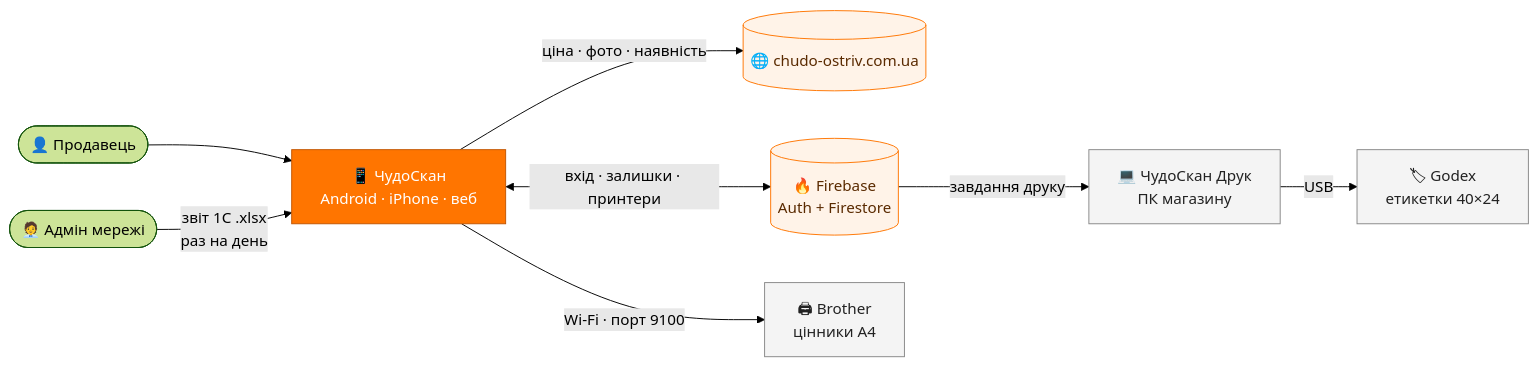
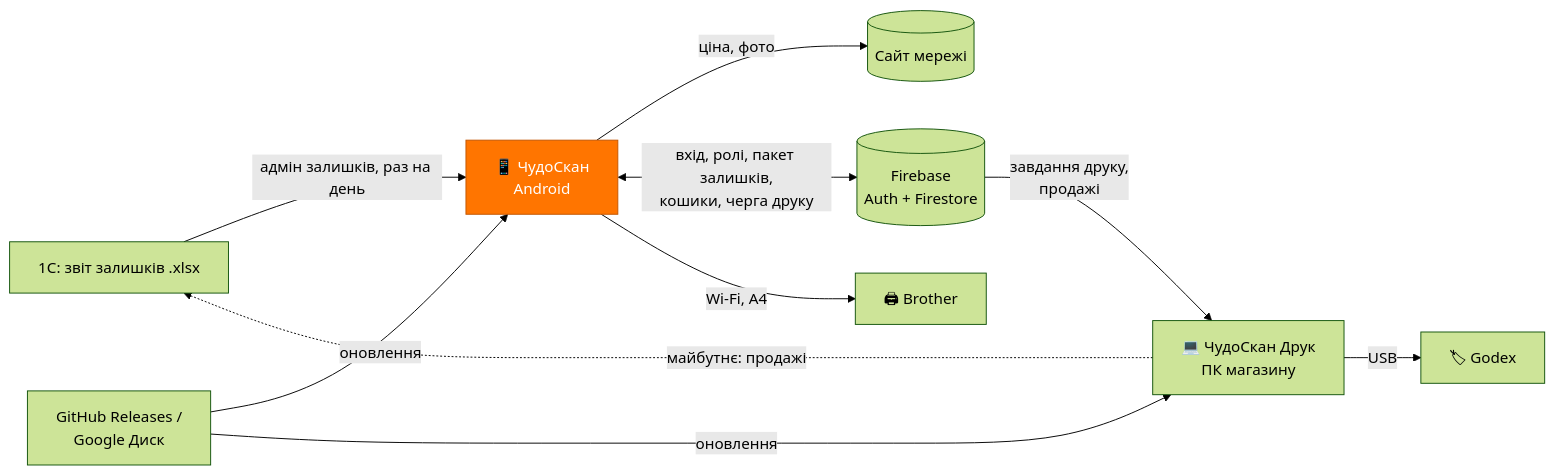
The diagram in README.md (Nikifor3663636/chudoskan), drawn with Mermaid (forest theme) before and after one commit. The commit also changed other lines of this file and 34 other files, not shown here.

````diff
--- a/README.md
+++ b/README.md
@@ -65,18 +54,14 @@
 ```mermaid
 flowchart LR
-    seller(["👤 Продавець"]) --> app["📱 ЧудоСкан<br/>Android · iPhone · веб"]
-    admin(["🧑‍💼 Адмін мережі"]) -->|"звіт 1С .xlsx<br/>раз на день"| app
-
-    app -->|"ціна · фото · наявність"| site[("🌐 chudo-ostriv.com.ua")]
-    app <-->|"вхід · залишки · принтери"| fb[("🔥 Firebase<br/>Auth + Firestore")]
-    app -->|"Wi-Fi · порт 9100"| brother["🖨 Brother<br/>цінники A4"]
-    fb -->|"завдання друку"| pc["💻 ЧудоСкан Друк<br/>ПК магазину"]
-    pc -->|USB| godex["🏷 Godex<br/>етикетки 40×24"]
-
+    C1C["1С: звіт залишків .xlsx"] -->|"адмін залишків, раз на день"| APP
+    APP["📱 ЧудоСкан<br/>Android"] -->|"ціна, фото"| SITE[("Сайт мережі")]
+    APP <-->|"вхід, ролі, пакет залишків,<br/>кошики, черга друку"| FB[("Firebase<br/>Auth + Firestore")]
+    APP -->|"Wi-Fi, A4"| BRO["🖨 Brother"]
+    FB -->|"завдання друку,<br/>продажі"| PC["💻 ЧудоСкан Друк<br/>ПК магазину"]
+    PC -->|USB| GOD["🏷 Godex"]
+    PC -.->|"майбутнє: продажі"| C1C
+    GH["GitHub Releases /<br/>Google Диск"] -->|"оновлення"| APP
+    GH -->|"оновлення"| PC
     classDef brand fill:#FF7500,stroke:#C25500,color:#fff;
-    classDef store fill:#FFF3E8,stroke:#FF7500,color:#5A2A00;
-    classDef dev fill:#F4F4F4,stroke:#888,color:#222;
-    class app brand;
-    class site,fb store;
-    class brother,godex,pc dev;
+    class APP brand;
 ```
````
